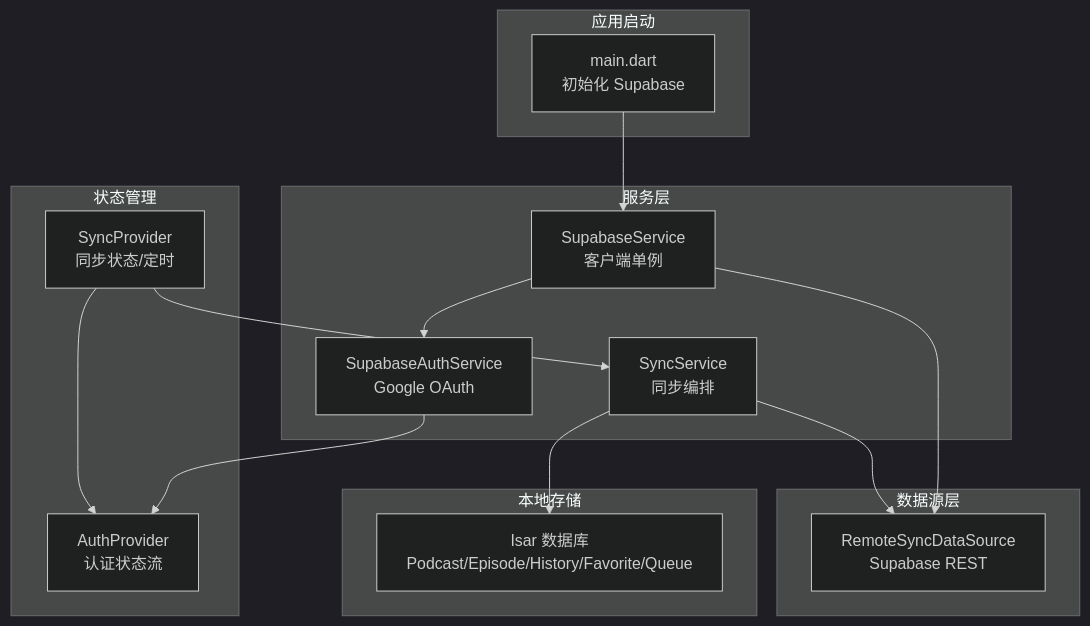
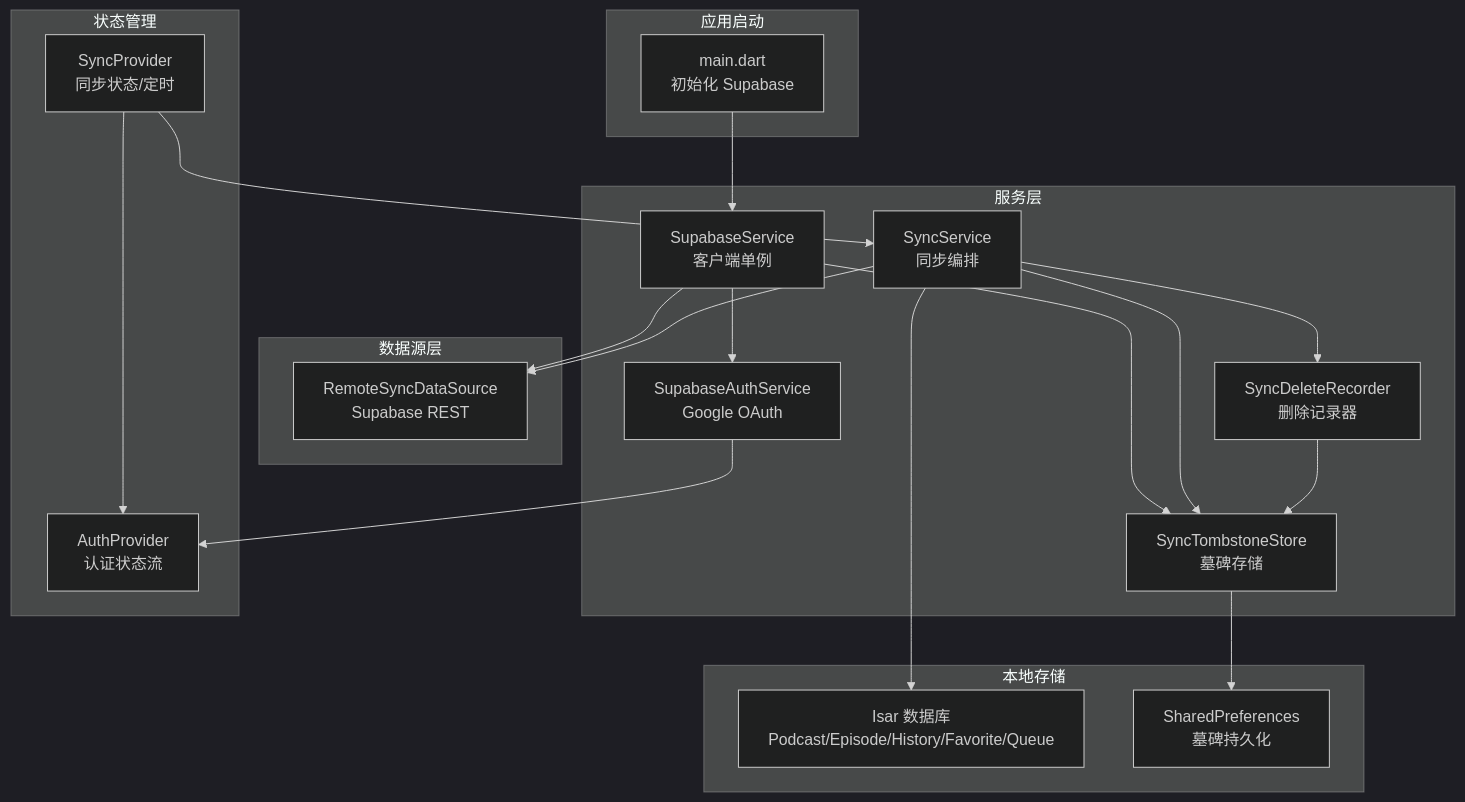
One commit to ZTfer/Tinycast changed the first of 6 diagrams in .qoder/repowiki/zh/content/核心功能模块/云同步功能.md. Above: the diagram before and after it, drawn with Mermaid (dark theme). The commit also changed other lines of this file and 210 other files, not shown here.

````diff
--- a/.qoder/repowiki/zh/content/核心功能模块/云同步功能.md
+++ b/.qoder/repowiki/zh/content/核心功能模块/云同步功能.md
@@ -38,29 +50,37 @@
 ```mermaid
 graph TB
 subgraph "应用启动"
 Main["main.dart<br/>初始化 Supabase"]
 end
 subgraph "服务层"
 SupabaseSvc["SupabaseService<br/>客户端单例"]
 AuthSvc["SupabaseAuthService<br/>Google OAuth"]
 SyncSvc["SyncService<br/>同步编排"]
+DeleteRecorder["SyncDeleteRecorder<br/>删除记录器"]
+TombstoneStore["SyncTombstoneStore<br/>墓碑存储"]
 end
 subgraph "数据源层"
 RemoteDS["RemoteSyncDataSource<br/>Supabase REST"]
 end
 subgraph "状态管理"
 AuthProv["AuthProvider<br/>认证状态流"]
 SyncProv["SyncProvider<br/>同步状态/定时"]
 end
 subgraph "本地存储"
 IsarDB["Isar 数据库<br/>Podcast/Episode/History/Favorite/Queue"]
+Prefs["SharedPreferences<br/>墓碑持久化"]
 end
 Main --> SupabaseSvc
 SupabaseSvc --> AuthSvc
 SupabaseSvc --> RemoteDS
+SupabaseSvc --> TombstoneStore
 AuthSvc --> AuthProv
 SyncSvc --> RemoteDS
 SyncSvc --> IsarDB
+SyncSvc --> DeleteRecorder
+SyncSvc --> TombstoneStore
+DeleteRecorder --> TombstoneStore
+TombstoneStore --> Prefs
 SyncProv --> SyncSvc
 SyncProv --> AuthProv
 ```
````
